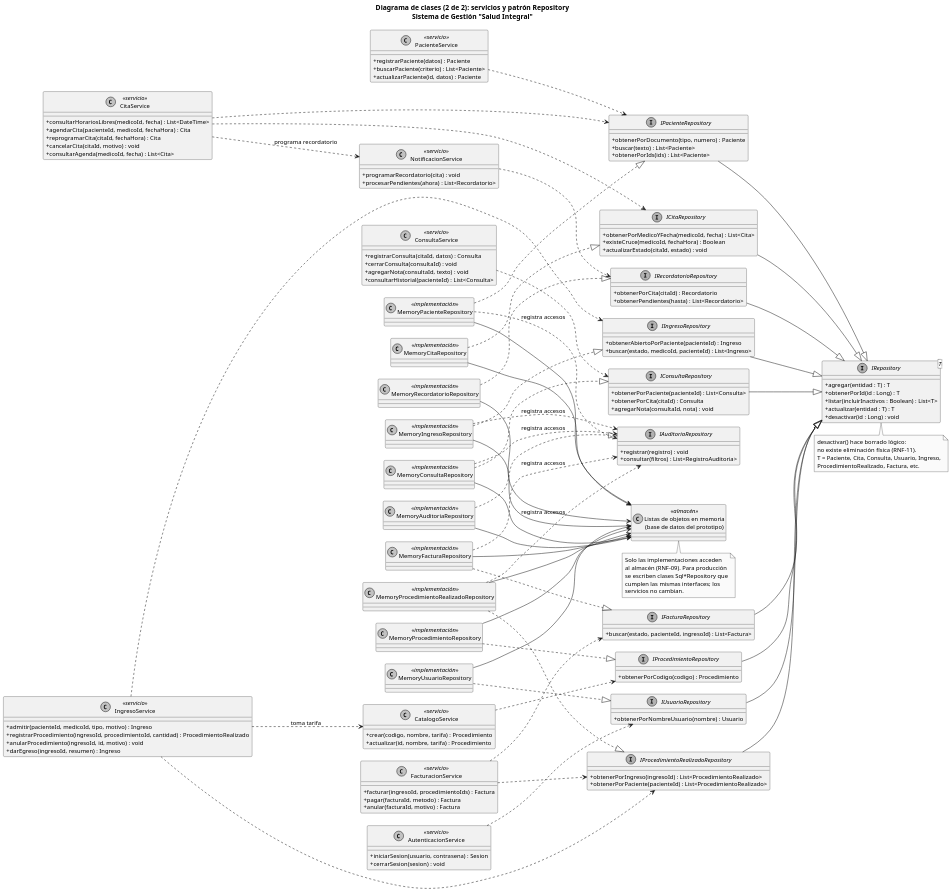
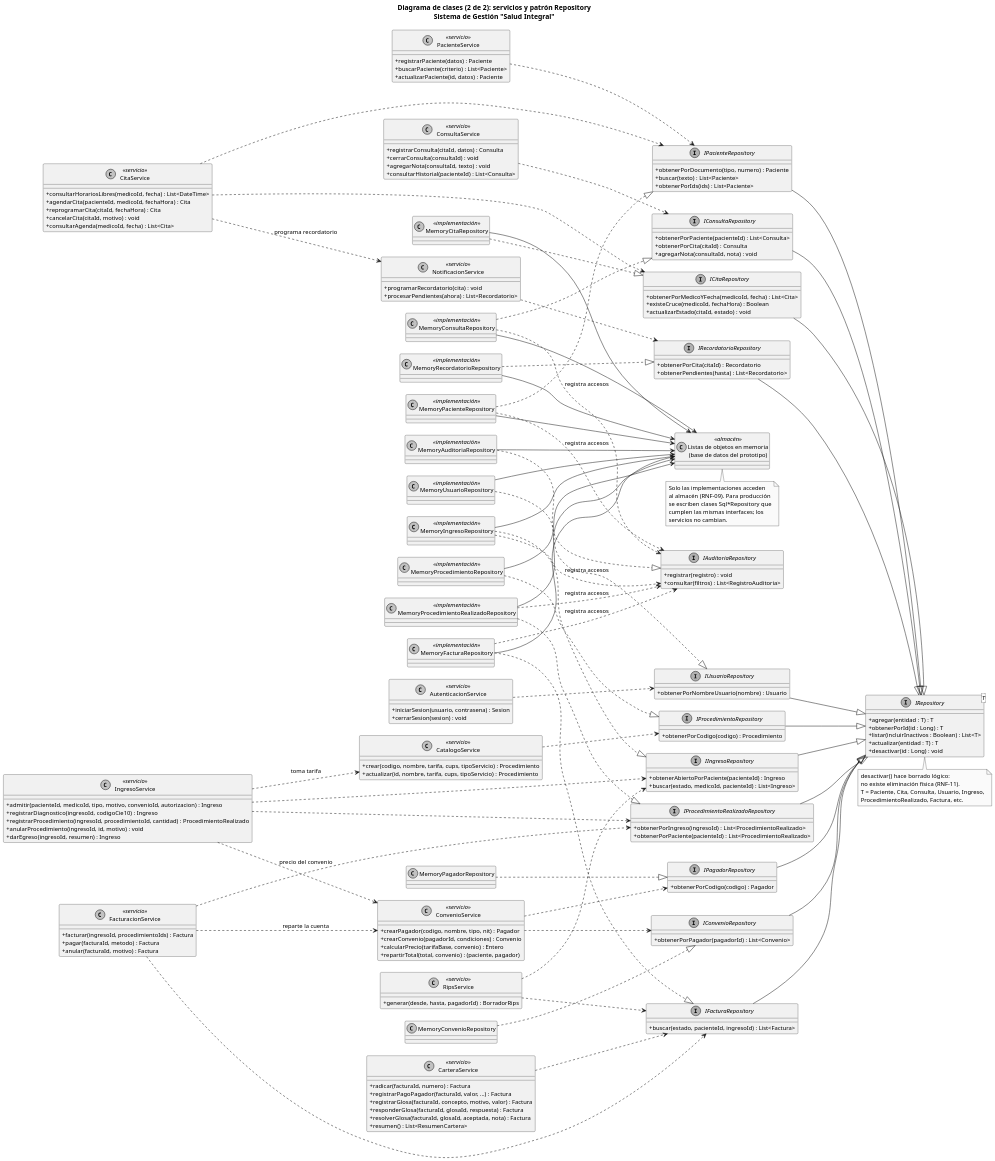
Before and after one commit to JNACHO2001/consultorio-medico: the diagram in docs/uml/02b_clases_repository.puml, drawn with PlantUML.

Commit message:
Actualiza servicios y repositorios con el módulo de IPS

```diff
--- a/docs/uml/02b_clases_repository.puml
+++ b/docs/uml/02b_clases_repository.puml
@@ -36,7 +36,8 @@
 }
 
 class IngresoService <<servicio>> {
-  + admitir(pacienteId, medicoId, tipo, motivo) : Ingreso
+  + admitir(pacienteId, medicoId, tipo, motivo, convenioId, autorizacion) : Ingreso
+  + registrarDiagnostico(ingresoId, codigoCie10) : Ingreso
   + registrarProcedimiento(ingresoId, procedimientoId, cantidad) : ProcedimientoRealizado
   + anularProcedimiento(ingresoId, id, motivo) : void
   + darEgreso(ingresoId, resumen) : Ingreso
@@ -48,9 +49,29 @@
   + anular(facturaId, motivo) : Factura
 }
 
+class ConvenioService <<servicio>> {
+  + crearPagador(codigo, nombre, tipo, nit) : Pagador
+  + crearConvenio(pagadorId, condiciones) : Convenio
+  + calcularPrecio(tarifaBase, convenio) : Entero
+  + repartirTotal(total, convenio) : (paciente, pagador)
+}
+
+class CarteraService <<servicio>> {
+  + radicar(facturaId, numero) : Factura
+  + registrarPagoPagador(facturaId, valor, ...) : Factura
+  + registrarGlosa(facturaId, concepto, motivo, valor) : Factura
+  + responderGlosa(facturaId, glosaId, respuesta) : Factura
+  + resolverGlosa(facturaId, glosaId, aceptada, nota) : Factura
+  + resumen() : List<ResumenCartera>
+}
+
+class RipsService <<servicio>> {
+  + generar(desde, hasta, pagadorId) : BorradorRips
+}
+
 class CatalogoService <<servicio>> {
-  + crear(codigo, nombre, tarifa) : Procedimiento
-  + actualizar(id, nombre, tarifa) : Procedimiento
+  + crear(codigo, nombre, tarifa, cups, tipoServicio) : Procedimiento
+  + actualizar(id, nombre, tarifa, cups, tipoServicio) : Procedimiento
 }
 
 class NotificacionService <<servicio>> {
@@ -94,6 +115,14 @@
 
 interface IFacturaRepository {
   + buscar(estado, pacienteId, ingresoId) : List<Factura>
+}
+
+interface IPagadorRepository {
+  + obtenerPorCodigo(codigo) : Pagador
+}
+
+interface IConvenioRepository {
+  + obtenerPorPagador(pagadorId) : List<Convenio>
 }
 
 interface IProcedimientoRepository {
@@ -149,6 +178,13 @@
 IngresoService ..> CatalogoService : toma tarifa
 FacturacionService ..> IFacturaRepository
 FacturacionService ..> IProcedimientoRealizadoRepository
+FacturacionService ..> ConvenioService : reparte la cuenta
+IngresoService ..> ConvenioService : precio del convenio
+ConvenioService ..> IPagadorRepository
+ConvenioService ..> IConvenioRepository
+CarteraService ..> IFacturaRepository
+RipsService ..> IFacturaRepository
+RipsService ..> IIngresoRepository
 CatalogoService ..> IProcedimientoRepository
 
 ' Interfaz genérica común (T = entidad)
@@ -161,6 +197,8 @@
 IProcedimientoRealizadoRepository --|> IRepository
 IFacturaRepository --|> IRepository
 IProcedimientoRepository --|> IRepository
+IPagadorRepository --|> IRepository
+IConvenioRepository --|> IRepository
 
 ' Implementaciones
 MemoryPacienteRepository ..|> IPacienteRepository
@@ -173,6 +211,8 @@
 MemoryProcedimientoRealizadoRepository ..|> IProcedimientoRealizadoRepository
 MemoryFacturaRepository ..|> IFacturaRepository
 MemoryProcedimientoRepository ..|> IProcedimientoRepository
+MemoryPagadorRepository ..|> IPagadorRepository
+MemoryConvenioRepository ..|> IConvenioRepository
 
 ' Auditoría disparada desde el repositorio (RF-13)
 MemoryPacienteRepository ..> IAuditoriaRepository : registra accesos
```
